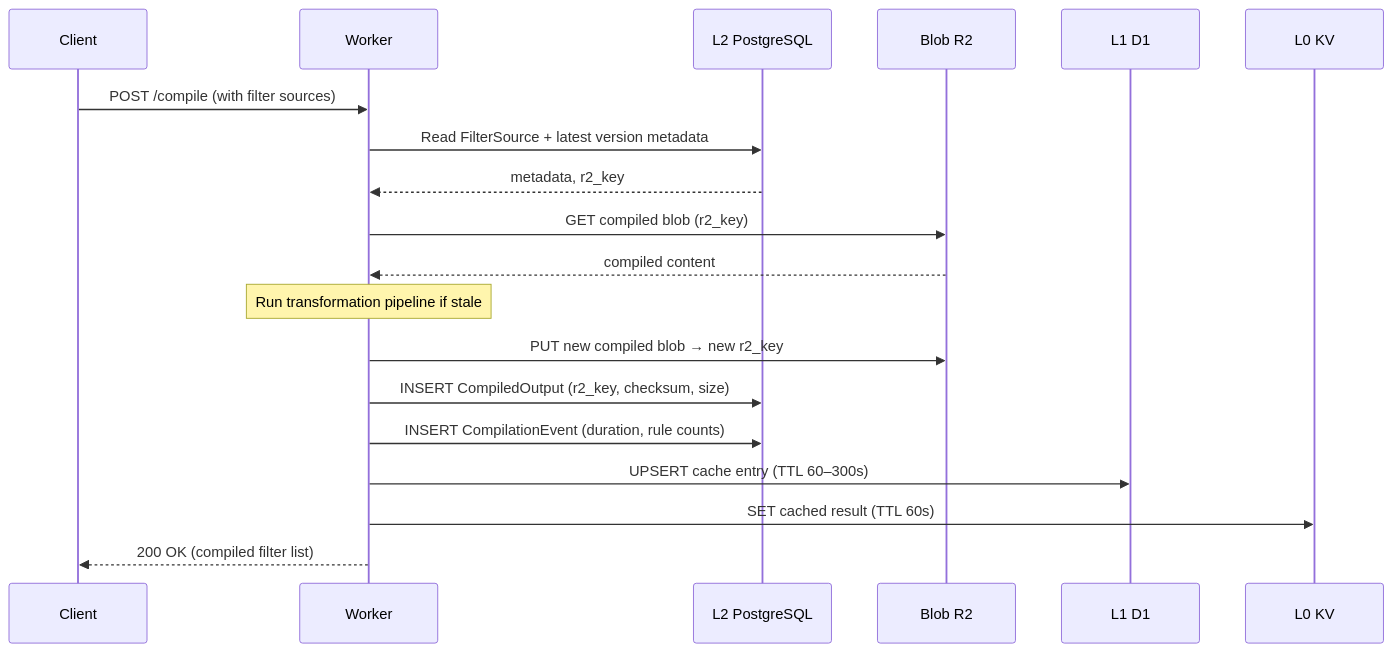
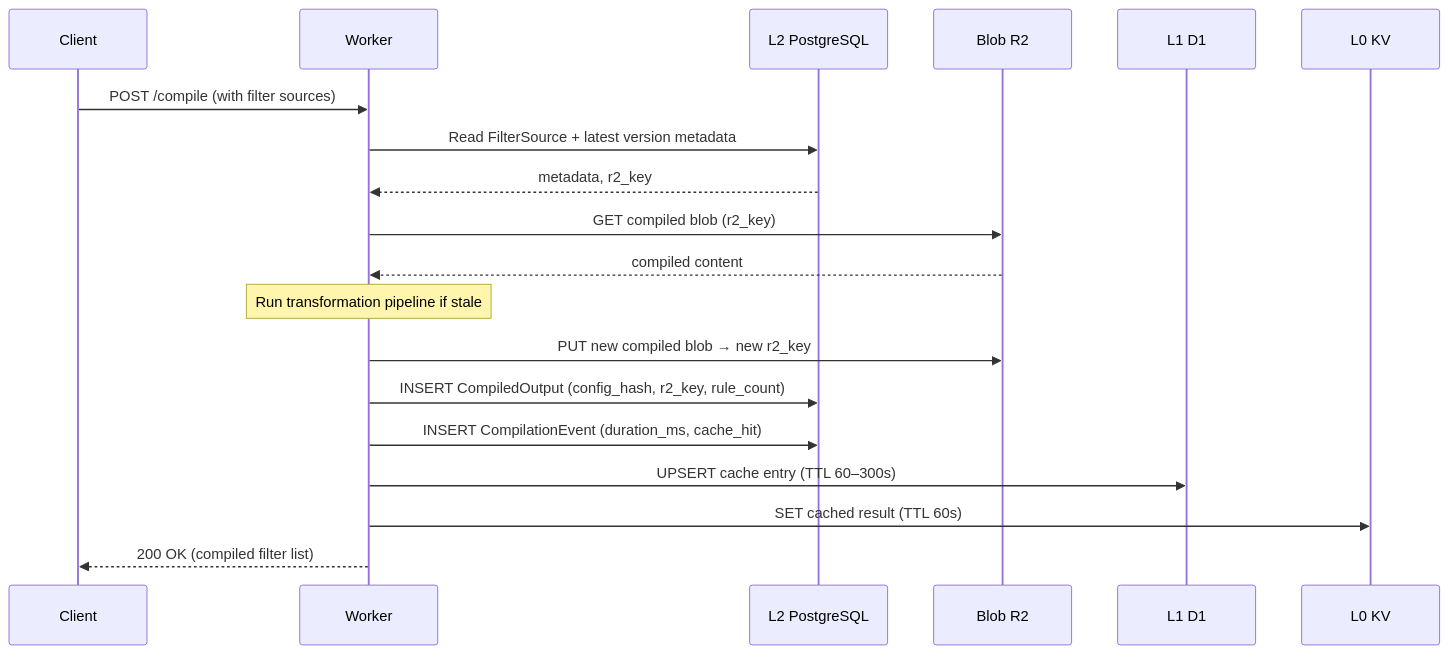
Before and after one commit to AdguardTeam/HostlistCompiler: the fifth of 9 diagrams in docs/database-setup/DATABASE_ARCHITECTURE.md, drawn with Mermaid. The commit also changed other lines of this file, not shown here.

Commit message:
docs: fix DATABASE_ARCHITECTURE.md diagrams to match actual implementation

````diff
--- a/docs/database-setup/DATABASE_ARCHITECTURE.md
+++ b/docs/database-setup/DATABASE_ARCHITECTURE.md
@@ -116,24 +154,24 @@
 ```mermaid
 sequenceDiagram
     participant C as Client
     participant W as Worker
     participant PG as L2 PostgreSQL
     participant R2 as Blob R2
     participant D1 as L1 D1
     participant KV as L0 KV
 
     C->>W: POST /compile (with filter sources)
     W->>PG: Read FilterSource + latest version metadata
     PG-->>W: metadata, r2_key
     W->>R2: GET compiled blob (r2_key)
     R2-->>W: compiled content
 
     Note over W: Run transformation pipeline if stale
 
     W->>R2: PUT new compiled blob → new r2_key
-    W->>PG: INSERT CompiledOutput (r2_key, checksum, size)
-    W->>PG: INSERT CompilationEvent (duration, rule counts)
+    W->>PG: INSERT CompiledOutput (config_hash, r2_key, rule_count)
+    W->>PG: INSERT CompilationEvent (duration_ms, cache_hit)
     W->>D1: UPSERT cache entry (TTL 60–300s)
     W->>KV: SET cached result (TTL 60s)
     W-->>C: 200 OK (compiled filter list)
 ```
````
